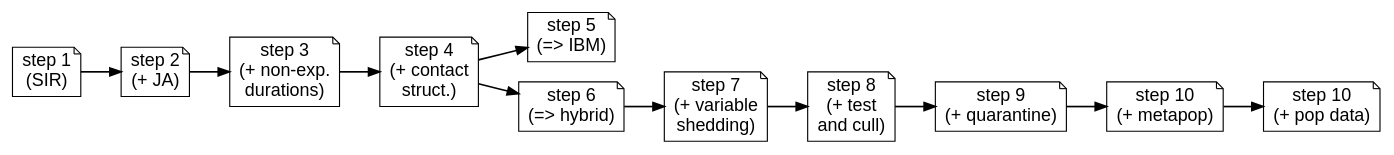
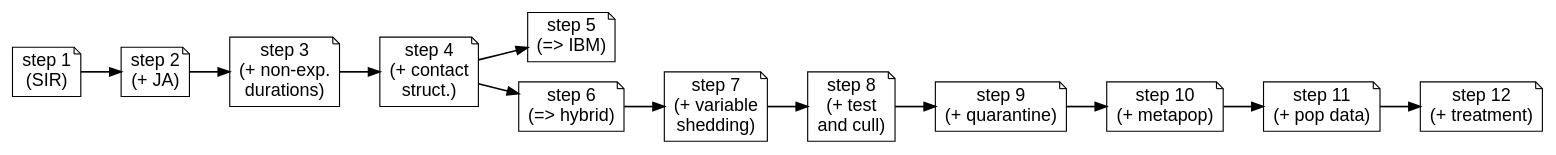
Before and after one commit to spicault/emulsion-training: the diagram in img/progression.dot, drawn with Graphviz. The commit also changed 8 other files, not shown here.

```diff
--- a/img/progression.dot
+++ b/img/progression.dot
@@ -1,31 +1,32 @@
 digraph {
           charset="utf-8"
           rankdir=LR;
 
           node[fontsize=16, fontname="Arial", shape="note", style=""];
           edge[minlen=1, penwidth=1.5];
 
 	  s1 [label="step 1\n(SIR)"];
 	  s2 [label="step 2\n(+ JA)"] ;
 	  s3 [label="step 3\n(+ non-exp.\ndurations)"] ;
 	  s4 [label="step 4\n(+ contact\n struct.)"] ;
 
 	  subgraph {
 		  rank = same ;
 		  s5 [label="step 5\n(=> IBM)"] ;
 		  s6 [label="step 6\n(=> hybrid)"] ;
 	  }
 
 	  s7 [label="step 7\n(+ variable\nshedding)"] ;
 	  s8 [label="step 8\n(+ test\nand cull)"] ;
 	  s9 [label="step 9\n(+ quarantine)"] ;
 	  s10 [label="step 10\n(+ metapop)"] ;
-	  s11 [label="step 10\n(+ pop data)"] ;
+	  s11 [label="step 11\n(+ pop data)"] ;
+	  s12 [label="step 12\n(+ treatment)"] ;
 	  // subgraph {
 	  // 	  rank = same ;
 	  // }
 
           s1 -> s2 -> s3 -> s4 -> s5 ;
-	  s4 -> s6 -> s7 -> s8 -> s9 -> s10 -> s11 ;
+	  s4 -> s6 -> s7 -> s8 -> s9 -> s10 -> s11 -> s12;
 
 }
```
